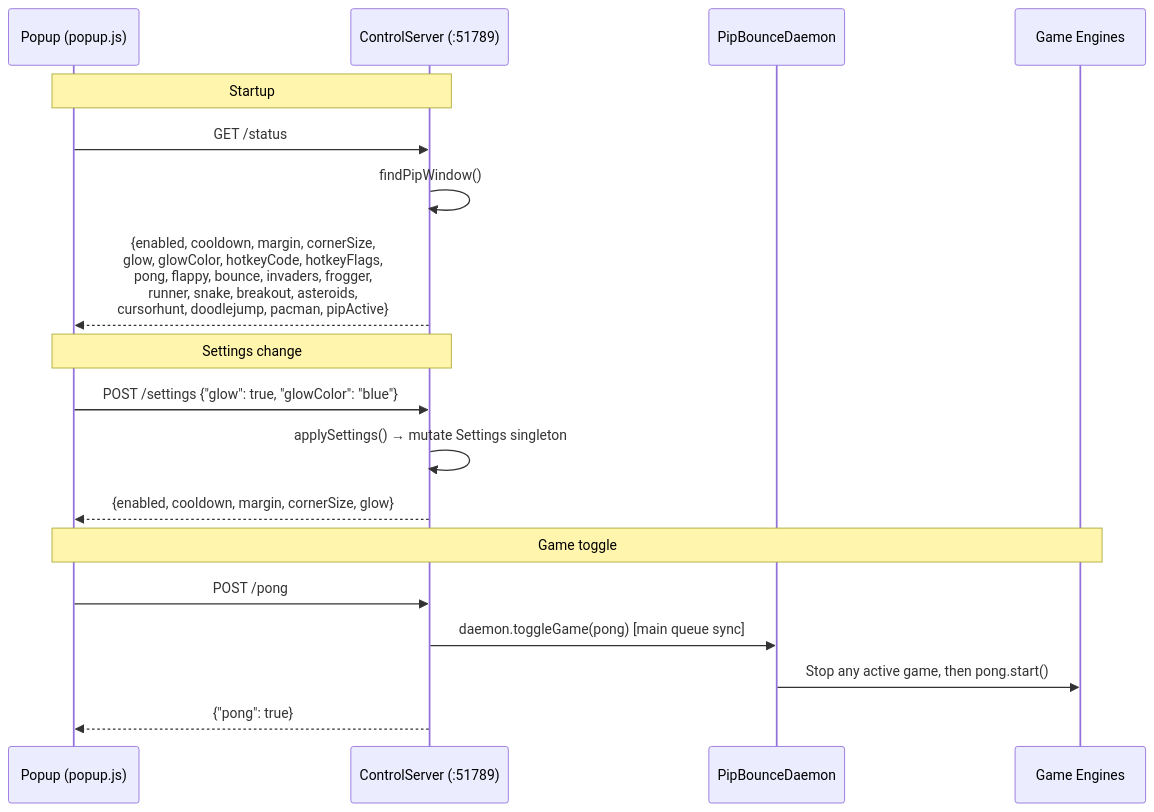
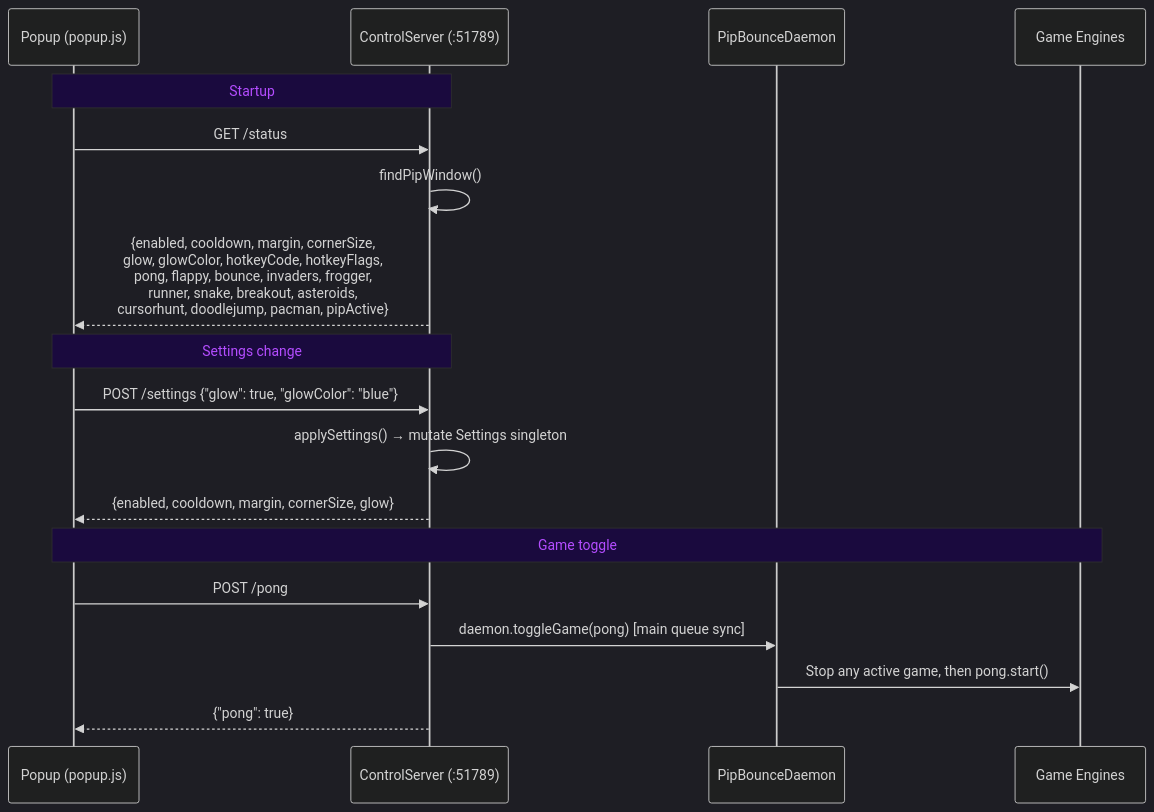
Before and after one commit to colours93/pipbounce: the fifth of 9 diagrams in README.md, drawn with Mermaid. The commit also changed other lines of this file and 43 other files, not shown here.

````diff
--- a/README.md
+++ b/README.md
@@ -269,23 +298,24 @@
 ```mermaid
+%%{init: {'theme': 'dark', 'themeVariables': {'primaryColor': '#0a2540', 'primaryTextColor': '#00fff5', 'primaryBorderColor': '#00fff5', 'lineColor': '#b44dff', 'secondaryColor': '#1a0a3e', 'tertiaryColor': '#0a3520', 'edgeLabelBackground': '#111', 'clusterBkg': '#0d0d14', 'clusterBorder': '#2a2a3a', 'titleColor': '#fafafa', 'nodeTextColor': '#fafafa', 'noteBkgColor': '#1a0a3e', 'noteTextColor': '#b44dff', 'activationBkgColor': '#0a2540', 'activationBorderColor': '#00fff5'}}}%%
 sequenceDiagram
     participant P as Popup (popup.js)
     participant S as ControlServer (:51789)
     participant D as PipBounceDaemon
     participant G as Game Engines
 
     Note over P,S: Startup
     P->>S: GET /status
     S->>S: findPipWindow()
     S-->>P: {enabled, cooldown, margin, cornerSize,<br/>glow, glowColor, hotkeyCode, hotkeyFlags,<br/>pong, flappy, bounce, invaders, frogger,<br/>runner, snake, breakout, asteroids,<br/>cursorhunt, doodlejump, pacman, pipActive}
 
     Note over P,S: Settings change
     P->>S: POST /settings {"glow": true, "glowColor": "blue"}
     S->>S: applySettings() → mutate Settings singleton
     S-->>P: {enabled, cooldown, margin, cornerSize, glow}
 
     Note over P,G: Game toggle
     P->>S: POST /pong
     S->>D: daemon.toggleGame(pong) [main queue sync]
     D->>G: Stop any active game, then pong.start()
     S-->>P: {"pong": true}
 ```
````
